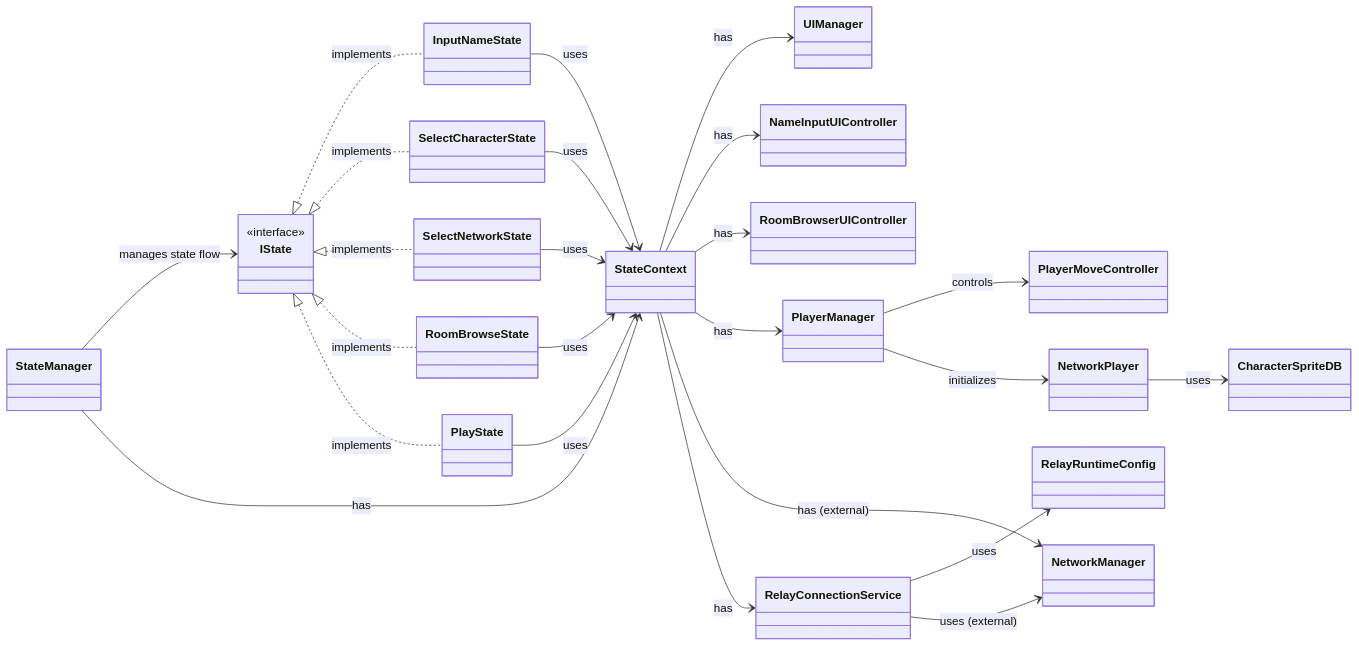
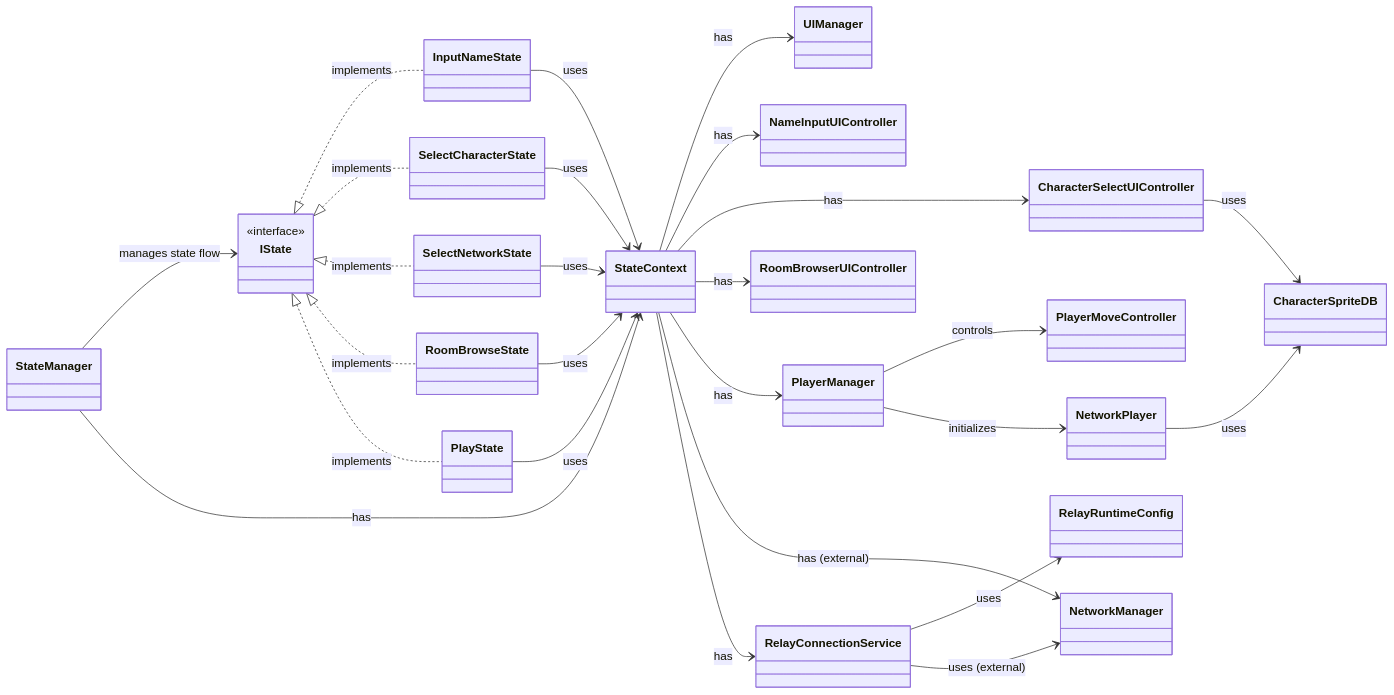
Before and after one commit to UpaDotti/MetaverSesecretBase: the diagram in .codex/CLASS_DIAGRAM.md, drawn with Mermaid. The commit also changed other lines of this file and 14 other files, not shown here.

Commit message:
Add UI Toolkit-based character selection flow

````diff
--- a/.codex/CLASS_DIAGRAM.md
+++ b/.codex/CLASS_DIAGRAM.md
@@ -10,54 +10,57 @@
 ```mermaid
 classDiagram
     direction LR
 
     class IState {
         <<interface>>
     }
 
     class StateManager
     class StateContext
     class InputNameState
     class SelectCharacterState
     class SelectNetworkState
     class RoomBrowseState
     class PlayState
 
     class RelayConnectionService
     class RelayRuntimeConfig
     class PlayerManager
     class PlayerMoveController
     class NetworkPlayer
     class UIManager
     class NameInputUIController
+    class CharacterSelectUIController
     class RoomBrowserUIController
     class CharacterSpriteDB
 
     StateManager --> IState : manages state flow
     StateManager --> StateContext : has
 
     IState <|.. InputNameState : implements
     IState <|.. SelectCharacterState : implements
     IState <|.. SelectNetworkState : implements
     IState <|.. RoomBrowseState : implements
     IState <|.. PlayState : implements
 
     InputNameState --> StateContext : uses
     SelectCharacterState --> StateContext : uses
     SelectNetworkState --> StateContext : uses
     RoomBrowseState --> StateContext : uses
     PlayState --> StateContext : uses
 
     StateContext --> UIManager : has
     StateContext --> NameInputUIController : has
+    StateContext --> CharacterSelectUIController : has
     StateContext --> RoomBrowserUIController : has
     StateContext --> PlayerManager : has
     StateContext --> NetworkManager : has (external)
     StateContext --> RelayConnectionService : has
 
     RelayConnectionService --> RelayRuntimeConfig : uses
     RelayConnectionService --> NetworkManager : uses (external)
     PlayerManager --> PlayerMoveController : controls
     PlayerManager --> NetworkPlayer : initializes
     NetworkPlayer --> CharacterSpriteDB : uses
+    CharacterSelectUIController --> CharacterSpriteDB : uses
 ```
````
